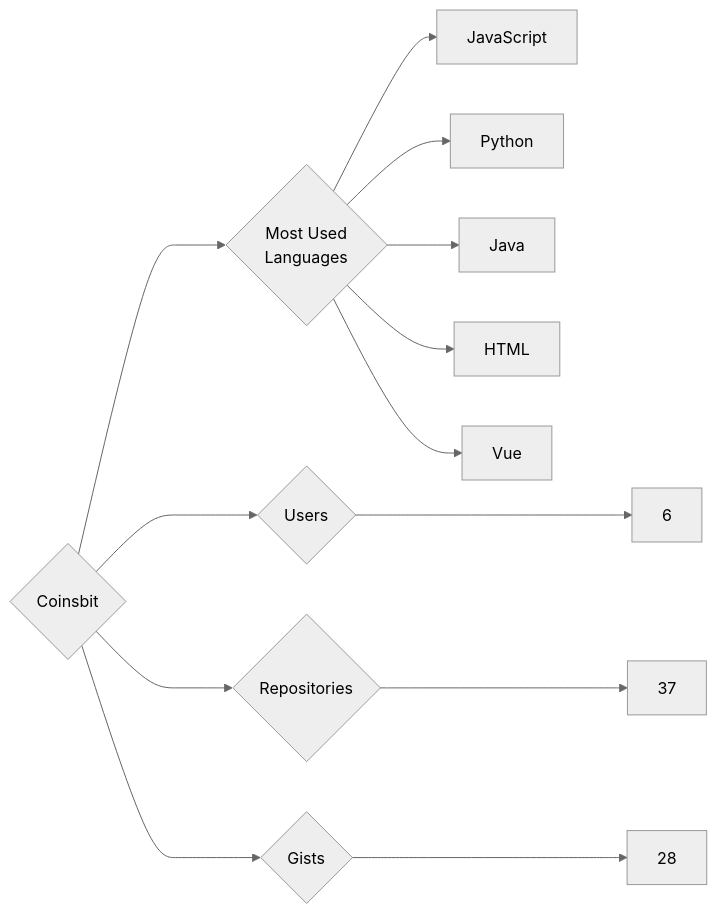
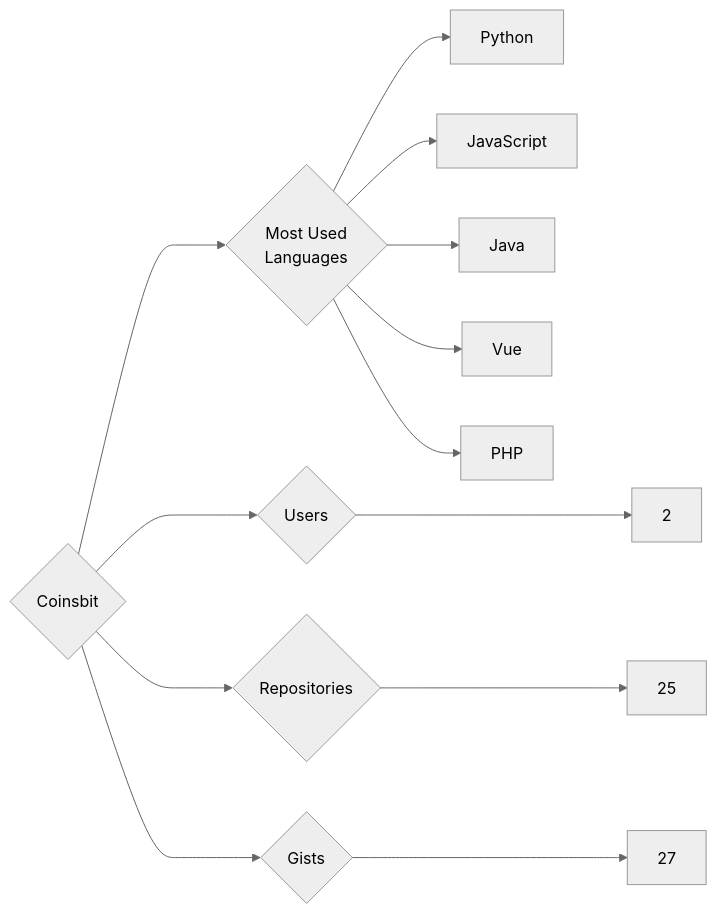
Before and after one commit to trickest/insiders: the diagram in targets/Coinsbit/README.md, drawn with Mermaid (neutral theme). The commit also changed 1089 other files, not shown here.

````diff
--- a/targets/Coinsbit/README.md
+++ b/targets/Coinsbit/README.md
@@ -3,13 +3,13 @@
 ```mermaid
 graph LR
 COMPANY_NAME{Coinsbit}
-COMPANY_NAME ---> U{Users} ---> UN[6]
-COMPANY_NAME ---> R{Repositories} ---> RN[37]
-COMPANY_NAME ---> G{Gists} ---> GN[28]
+COMPANY_NAME ---> U{Users} ---> UN[2]
+COMPANY_NAME ---> R{Repositories} ---> RN[25]
+COMPANY_NAME ---> G{Gists} ---> GN[27]
 COMPANY_NAME ---> ML{Most Used<br>Languages}
+ML --> Python[Python]
 ML --> JavaScript[JavaScript]
-ML --> Python[Python]
 ML --> Java[Java]
-ML --> HTML[HTML]
 ML --> Vue[Vue]
+ML --> PHP[PHP]
 ```
````
